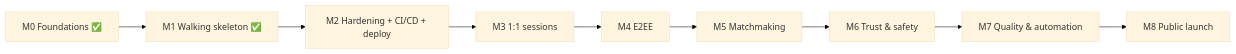
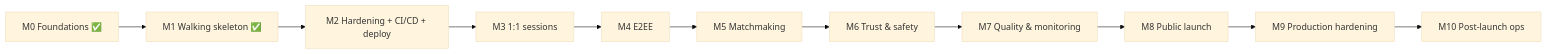
One commit to futuresfsake/realtime-chat changed the diagram in docs/01-product/milestones.md. Above: the diagram before and after it, drawn with Mermaid (base theme). The commit also changed other lines of this file, not shown here.

````diff
--- a/docs/01-product/milestones.md
+++ b/docs/01-product/milestones.md
@@ -32,6 +34,7 @@
 ```mermaid
 flowchart LR
     M0[M0 Foundations ✅] --> M1[M1 Walking skeleton ✅] --> M2[M2 Hardening + CI/CD + deploy]
     M2 --> M3[M3 1:1 sessions] --> M4[M4 E2EE] --> M5[M5 Matchmaking] --> M6[M6 Trust & safety]
-    M6 --> M7[M7 Quality & automation] --> M8[M8 Public launch]
+    M6 --> M7[M7 Quality & monitoring] --> M8[M8 Public launch]
+    M8 --> M9[M9 Production hardening] --> M10[M10 Post-launch ops]
 ```
````
